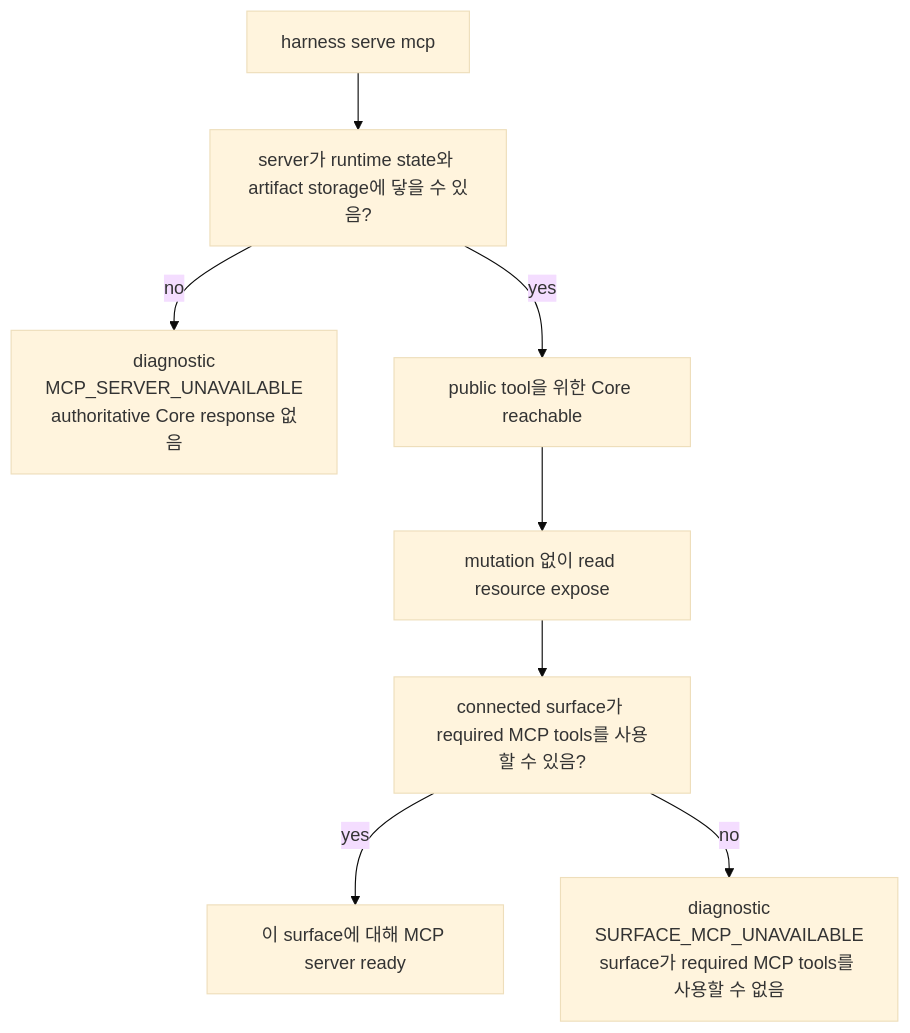
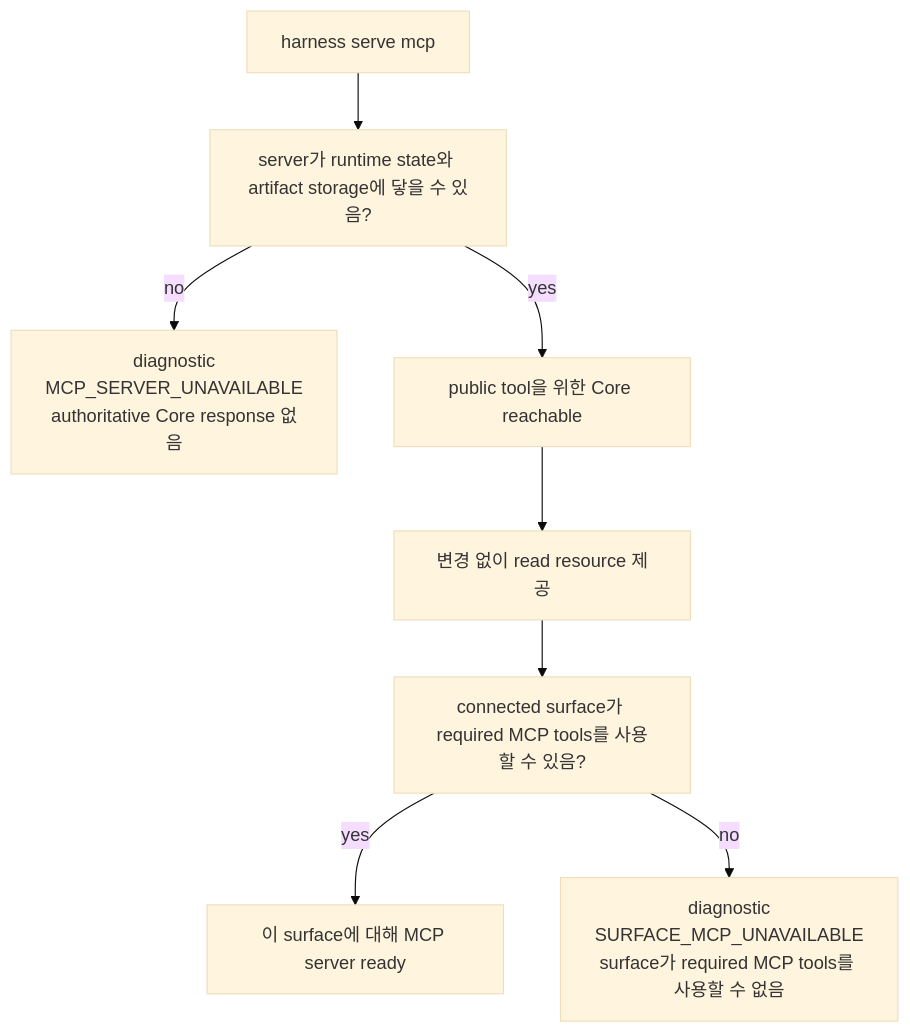
One commit to minjungw00/Harness_Project changed the sixth of 15 diagrams in docs/ko/reference/operations-and-conformance.md. Above: the diagram before and after it, drawn with Mermaid (base theme). The commit also changed other lines of this file and 21 other files, not shown here.

````diff
--- a/docs/ko/reference/operations-and-conformance.md
+++ b/docs/ko/reference/operations-and-conformance.md
@@ -226,10 +226,10 @@
 ```mermaid
 flowchart TD
   Start["harness serve mcp"] --> Server["server가 runtime state와 artifact storage에 닿을 수 있음?"]
   Server -- "no" --> ServerFail["diagnostic<br/>MCP_SERVER_UNAVAILABLE<br/>authoritative Core response 없음"]
   Server -- "yes" --> Core["public tool을 위한 Core reachable"]
-  Core --> Resources["mutation 없이 read resource expose"]
+  Core --> Resources["변경 없이 read resource 제공"]
   Resources --> Surface["connected surface가 required MCP tools를 사용할 수 있음?"]
   Surface -- "yes" --> Ready["이 surface에 대해 MCP server ready"]
   Surface -- "no" --> SurfaceFail["diagnostic<br/>SURFACE_MCP_UNAVAILABLE<br/>surface가 required MCP tools를 사용할 수 없음"]
 ```
````
